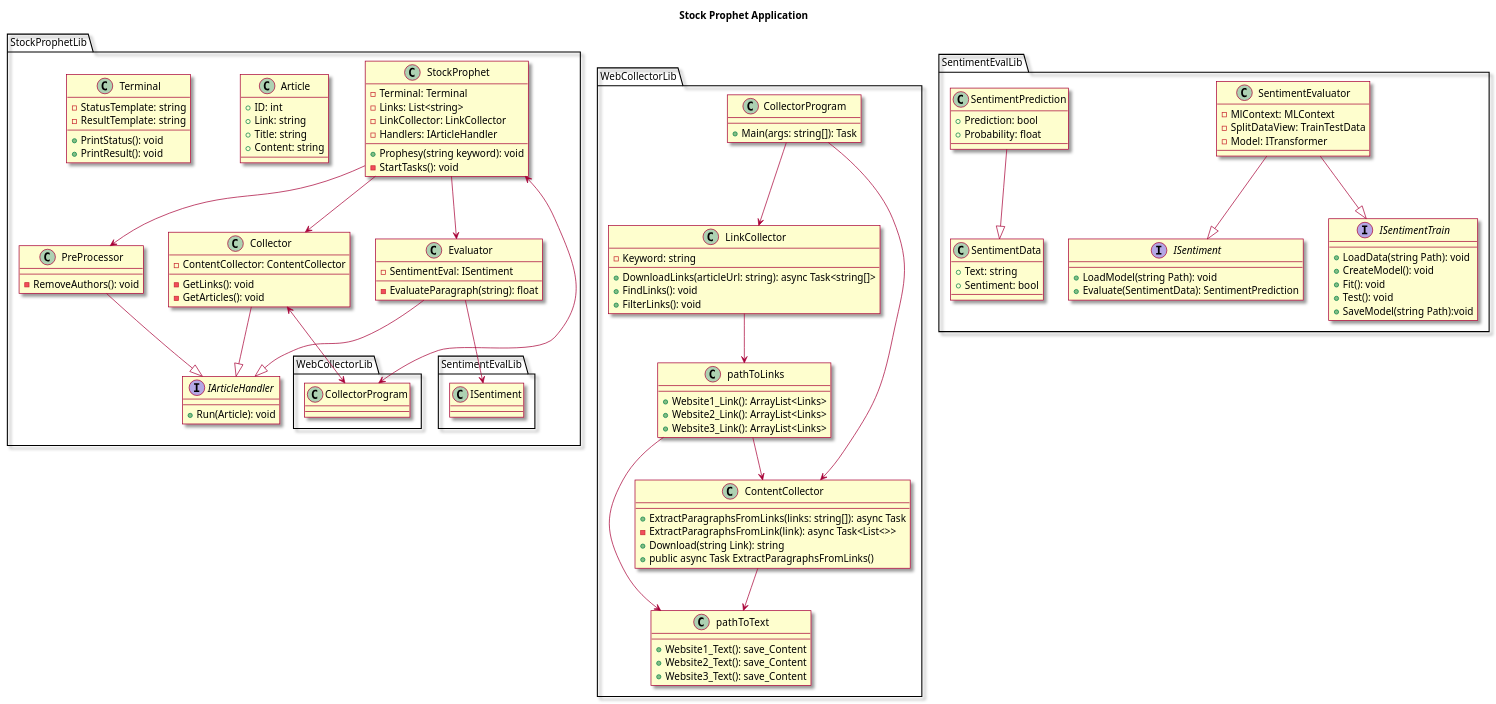
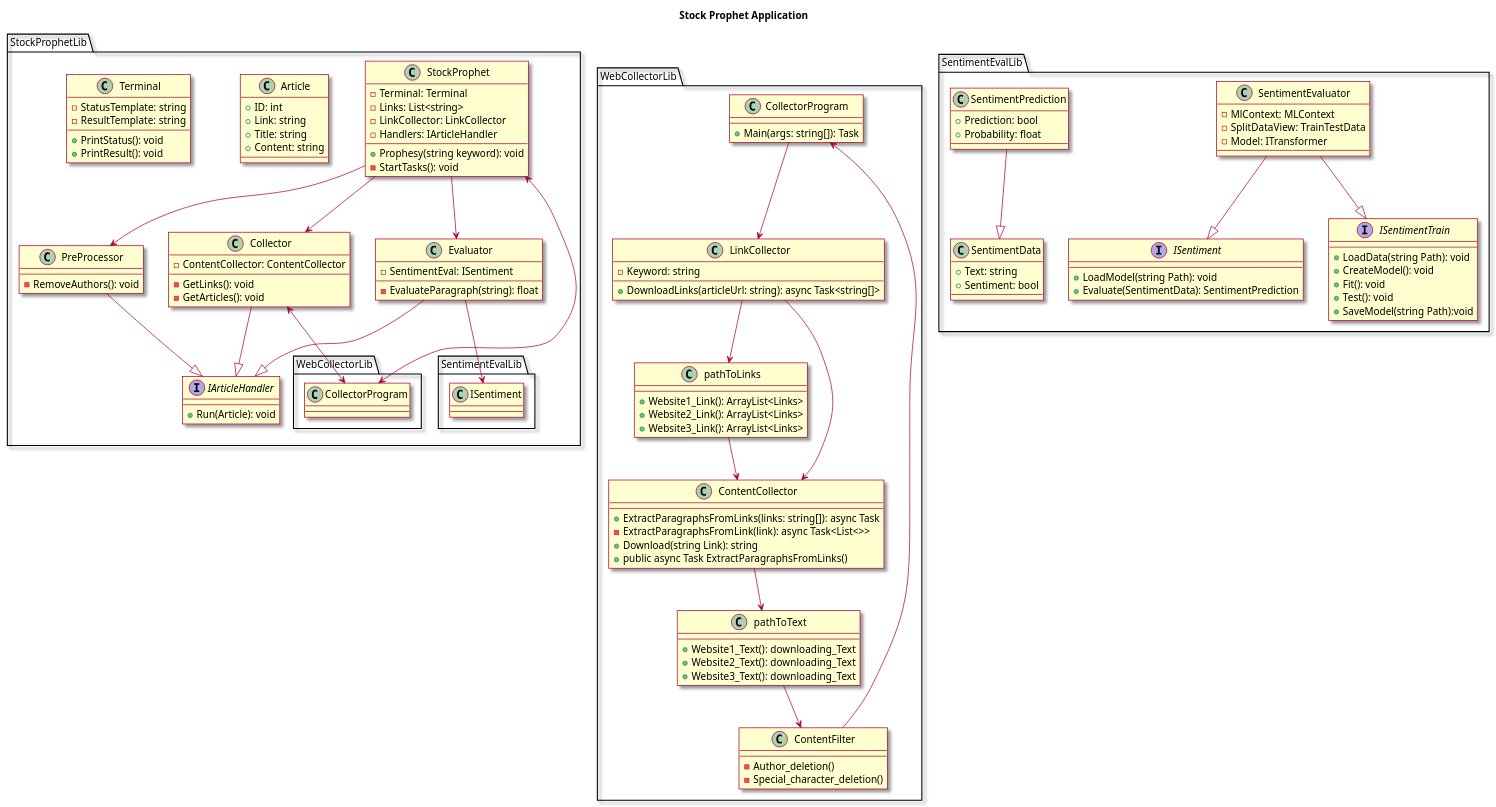
The diagram in doc/classDiagram.plantuml (Ifi-Softwareentwicklung-SoSe2023/TUBAF_SE-Project_StockProphet), drawn with PlantUML before and after one commit.

Commit message:
adding Contentfilter -> WebCollectorLib

```diff
--- a/doc/classDiagram.plantuml
+++ b/doc/classDiagram.plantuml
@@ -1,152 +1,156 @@
 @startuml Project Model Class Diagram
 
 skin rose
 
 title Stock Prophet Application
 
 
 package StockProphetLib {
 
     class StockProphet {
         -Terminal: Terminal
         -Links: List<string>
         -LinkCollector: LinkCollector
         -Handlers: IArticleHandler
         +Prophesy(string keyword): void
         -StartTasks(): void
     }
     StockProphet <--> WebCollectorLib.CollectorProgram
     StockProphet --> Collector
     StockProphet --> PreProcessor
     StockProphet --> Evaluator
     
 
     interface IArticleHandler {
         +Run(Article): void
     }
 
 
     class Collector {
         -ContentCollector: ContentCollector
         -GetLinks(): void
         -GetArticles(): void
     }
     Collector --|> IArticleHandler
     Collector <--> WebCollectorLib.CollectorProgram
     
 
     class PreProcessor {
         -RemoveAuthors(): void
     }
     PreProcessor --|> IArticleHandler
 
 
     class Evaluator {
         -SentimentEval: ISentiment
         -EvaluateParagraph(string): float
     }
     Evaluator --|> IArticleHandler
     Evaluator --> SentimentEvalLib.ISentiment
 
 
     class Article {
         +ID: int
         +Link: string
         +Title: string
         +Content: string
     }
 
 
     class Terminal {
         -StatusTemplate: string
         +PrintStatus(): void
         -ResultTemplate: string
         +PrintResult(): void
     }
 }
 
 
 package WebCollectorLib 
 {
     class CollectorProgram {
         +Main(args: string[]): Task
     }
 
-  
+   
 
     class LinkCollector {
     
         -Keyword: string
         +DownloadLinks(articleUrl: string): async Task<string[]>
-        +FindLinks(): void
-        +FilterLinks(): void
 
         
     }
 
     class ContentCollector {
         +ExtractParagraphsFromLinks(links: string[]): async Task
         -ExtractParagraphsFromLink(link): async Task<List<>>
         +Download(string Link): string
         +public async Task ExtractParagraphsFromLinks()
          
     }
     class pathToLinks {
         +Website1_Link(): ArrayList<Links>
         +Website2_Link(): ArrayList<Links>
         +Website3_Link(): ArrayList<Links>
     }
     
     class pathToText {
-        +Website1_Text(): save_Content
-        +Website2_Text(): save_Content
-        +Website3_Text(): save_Content
+        +Website1_Text(): downloading_Text
+        +Website2_Text(): downloading_Text
+        +Website3_Text(): downloading_Text
     }
+
+    class ContentFilter {
+        -Author_deletion()
+        -Special_character_deletion()
+    }
+    pathToText --> ContentFilter
+    ContentFilter --> CollectorProgram
+    CollectorProgram --> LinkCollector
     
-    CollectorProgram --> LinkCollector
-    CollectorProgram --> ContentCollector
     pathToLinks --> ContentCollector
 
-    pathToLinks --> pathToText
+    LinkCollector --> ContentCollector
     LinkCollector --> pathToLinks
     ContentCollector --> pathToText
 
 }
 
 
 package SentimentEvalLib 
 {
     interface ISentiment {
         +LoadModel(string Path): void
         +Evaluate(SentimentData): SentimentPrediction
     }
 
     interface ISentimentTrain {
         +LoadData(string Path): void
         +CreateModel(): void
         +Fit(): void
         +Test(): void
         +SaveModel(string Path):void
     }
     
     class SentimentEvaluator {
         -MlContext: MLContext
         -SplitDataView: TrainTestData
         -Model: ITransformer
     }
     SentimentEvaluator --|> ISentiment
     SentimentEvaluator --|> ISentimentTrain
 
     class SentimentData {
         +Text: string
         +Sentiment: bool
     }
 
     class SentimentPrediction {
         +Prediction: bool
         +Probability: float
     }
     SentimentPrediction --|> SentimentData
 }
 
 @enduml
```
